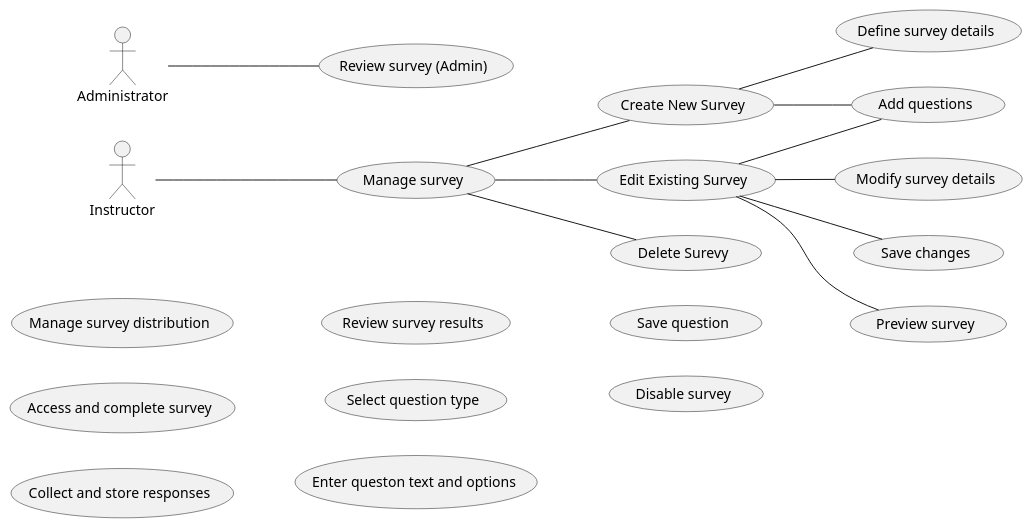
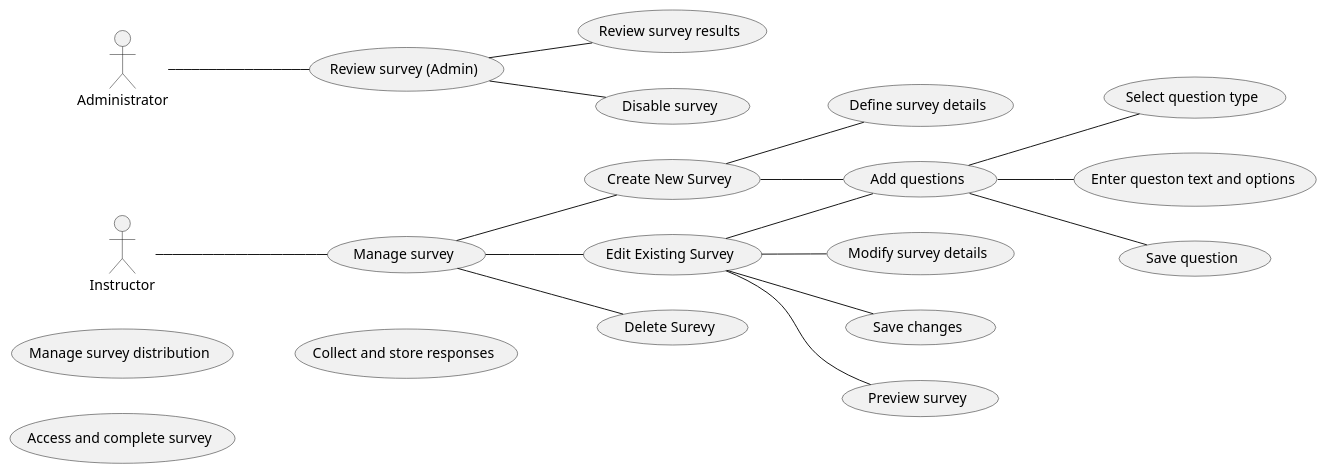
The diagram in doc/usecases/plantUML/manage_survey_usecase.puml (bahati7/MKB-cohort-2-Demo), drawn with PlantUML before and after one commit.

Commit message:
#23 Diagramming the manage survey use case: I have implemented the associations on add question and on Review survey (admin)

```diff
--- a/doc/usecases/plantUML/manage_survey_usecase.puml
+++ b/doc/usecases/plantUML/manage_survey_usecase.puml
@@ -1,45 +1,49 @@
 @startuml
 
 left to right direction
 
 actor Instructor
 actor Administrator
 
 usecase "Manage survey" as ManageSurvey
 usecase "Create New Survey" as CreateNewSurvey
 usecase "Edit Existing Survey" as EditSurvey
 usecase "Delete Surevy" as DeleteSurvey
 usecase "Define survey details" as DefineDetails
 usecase "Add questions" as AddQuestions
 usecase "Modify survey details" as ModifyDetails
 usecase "Save changes" as SaveChanges
 usecase "Preview survey" as PreviewSurvey
 usecase "Manage survey distribution" as ManageDistribution
 usecase "Access and complete survey" as CompleteSurvey
 usecase "Collect and store responses" as StoreResponses
 usecase "Review survey results" as ReviewResults
 usecase "Select question type" as SelectQuestionType
 usecase "Enter queston text and options" as EnterQuestionOptions
 usecase "Save question" as SaveQuestion
 usecase "Review survey (Admin)" as ReviewSurveyAdmin
 usecase "Disable survey" as DisableSurvey 
 
 Instructor -- ManageSurvey
 Administrator -- ReviewSurveyAdmin
 
 ManageSurvey -- CreateNewSurvey
 ManageSurvey -- EditSurvey
 ManageSurvey -- DeleteSurvey
 
 CreateNewSurvey -- DefineDetails
 CreateNewSurvey -- AddQuestions 
 EditSurvey -- ModifyDetails
 EditSurvey -- AddQuestions
 EditSurvey -- SaveChanges
 EditSurvey -- PreviewSurvey
 
+AddQuestions -- SelectQuestionType
+AddQuestions -- EnterQuestionOptions
+AddQuestions -- SaveQuestion
 
-
+ReviewSurveyAdmin -- ReviewResults
+ReviewSurveyAdmin -- DisableSurvey
 
 
 @enduml
```
